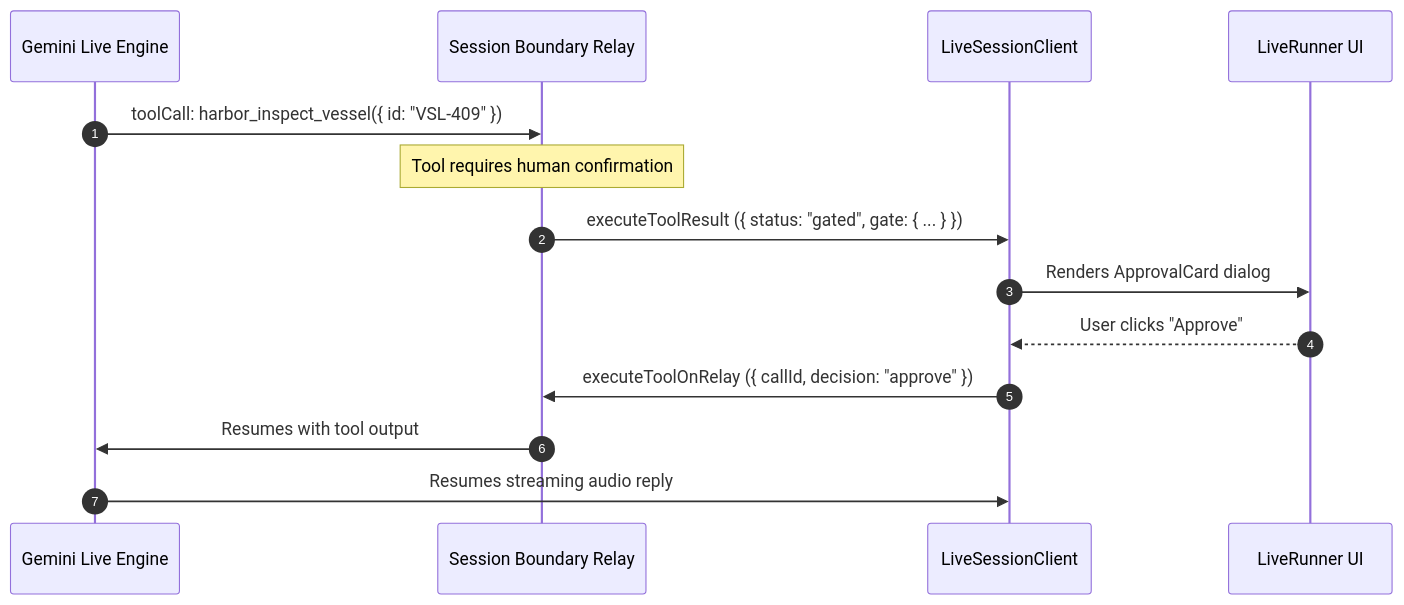
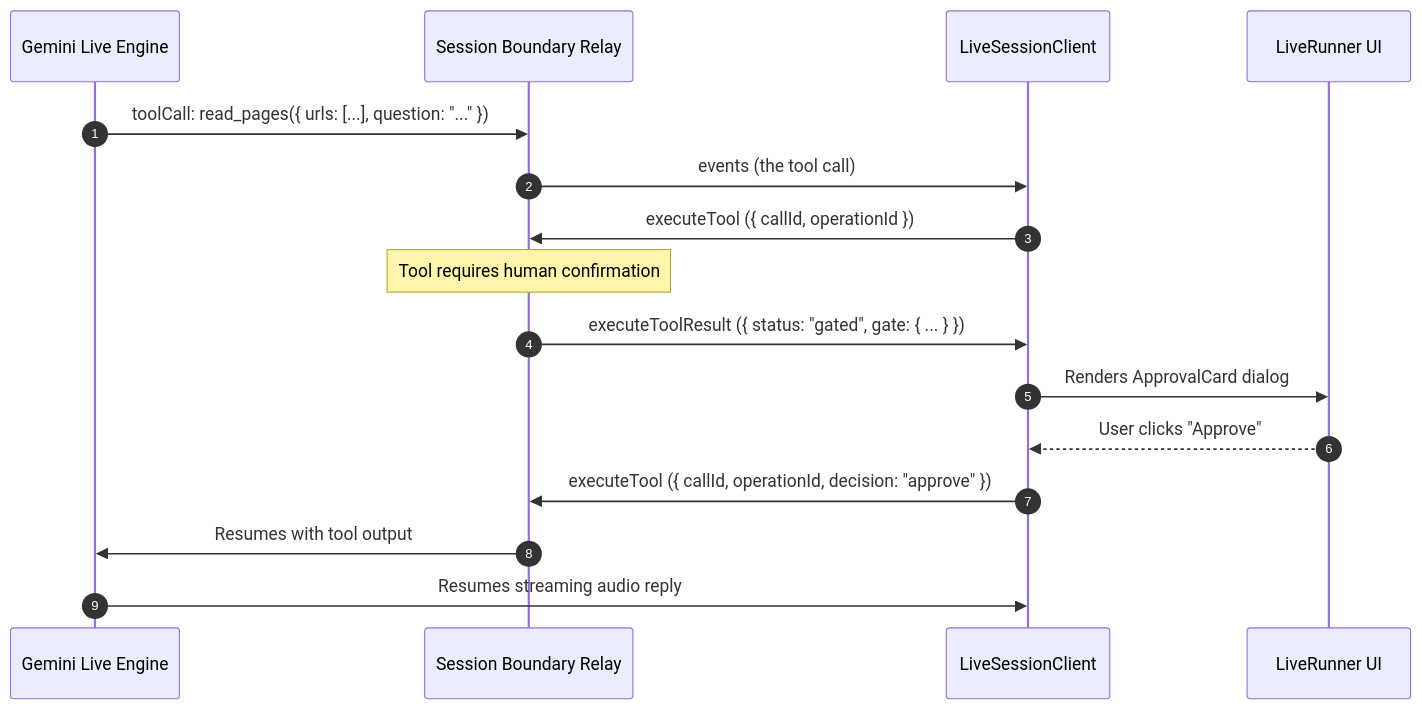
One commit to masudl-hub/theoremai-frontend changed the second of 2 diagrams in app/lib/docs/articles/web/realtime.md. Above: the diagram before and after it, drawn with Mermaid. The commit also changed other lines of this file and 54 other files, not shown here.

````diff
--- a/app/lib/docs/articles/web/realtime.md
+++ b/app/lib/docs/articles/web/realtime.md
@@ -170,17 +140,19 @@
 ```mermaid
 sequenceDiagram
 		autonumber
 		participant Model as Gemini Live Engine
 		participant Relay as Session Boundary Relay
 		participant Client as LiveSessionClient
 		participant UI as LiveRunner UI
 
-		Model->>Relay: toolCall: harbor_inspect_vessel({ id: "VSL-409" })
+		Model->>Relay: toolCall: read_pages({ urls: [...], question: "..." })
+		Relay->>Client: events (the tool call)
+		Client->>Relay: executeTool ({ callId, operationId })
 		Note over Relay: Tool requires human confirmation
 		Relay->>Client: executeToolResult ({ status: "gated", gate: { ... } })
 		Client->>UI: Renders ApprovalCard dialog
 		UI-->>Client: User clicks "Approve"
-		Client->>Relay: executeToolOnRelay ({ callId, decision: "approve" })
+		Client->>Relay: executeTool ({ callId, operationId, decision: "approve" })
 		Relay->>Model: Resumes with tool output
 		Model->>Client: Resumes streaming audio reply
 ```
````
